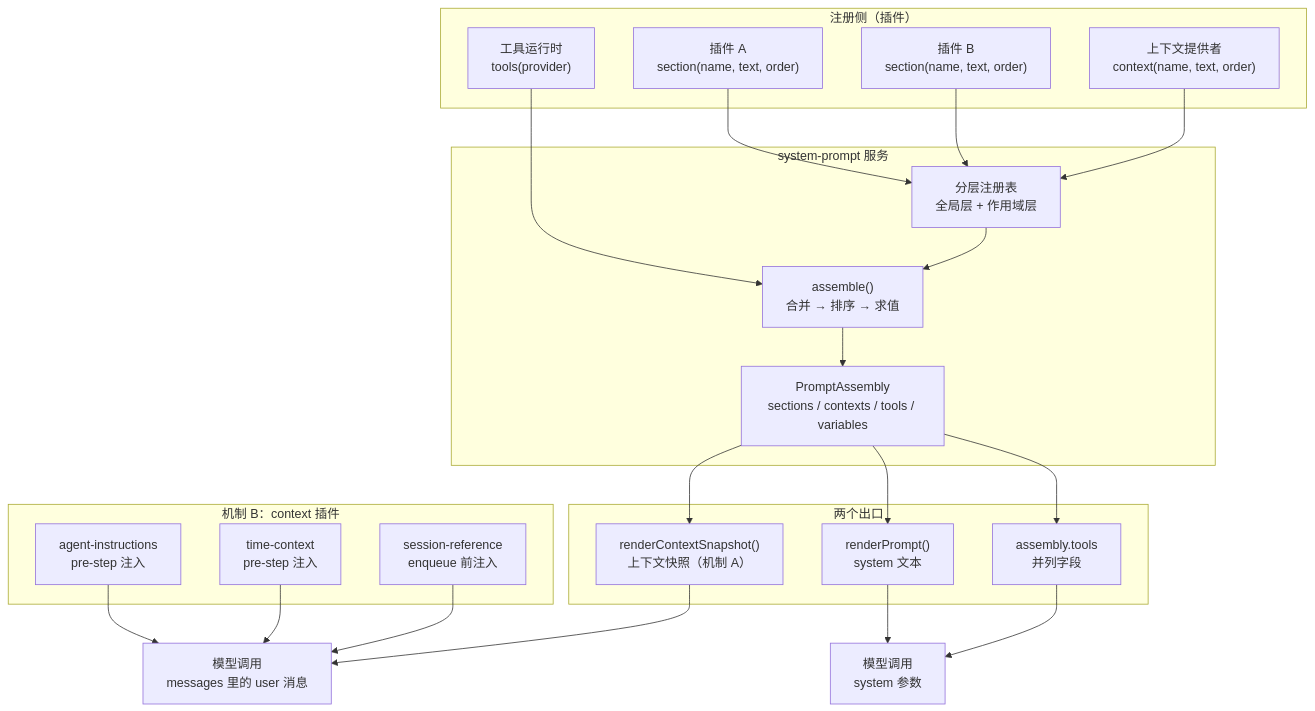
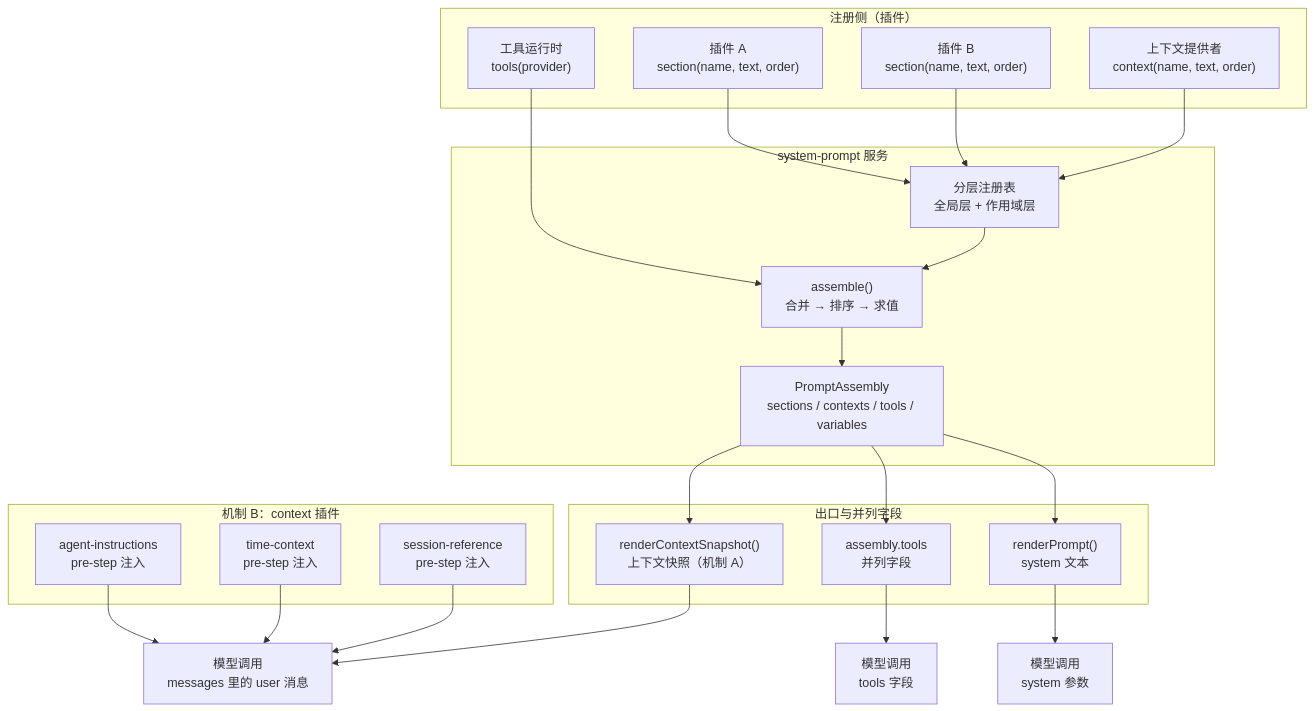
The diagram in ch08/ch08-system-prompt-context_zh.md (ChenYu1991ppak/deepseek-harness-anatomy), drawn with Mermaid before and after one commit. The commit also changed other lines of this file and 124 other files, not shown here.

````diff
--- a/ch08/ch08-system-prompt-context_zh.md
+++ b/ch08/ch08-system-prompt-context_zh.md
@@ -85,43 +85,43 @@
 ```mermaid
 flowchart TB
     subgraph 注册侧["注册侧（插件）"]
         P1["插件 A<br/>section(name, text, order)"]
         P2["插件 B<br/>section(name, text, order)"]
         P3["工具运行时<br/>tools(provider)"]
         P4["上下文提供者<br/>context(name, text, order)"]
     end
 
     subgraph 装配线["system-prompt 服务"]
         L["分层注册表<br/>全局层 + 作用域层"]
         A["assemble()<br/>合并 → 排序 → 求值"]
         AS["PromptAssembly<br/>sections / contexts / tools / variables"]
     end
 
-    subgraph 出口["两个出口"]
+    subgraph 出口["出口与并列字段"]
         R1["renderPrompt()<br/>system 文本"]
         R2["renderContextSnapshot()<br/>上下文快照（机制 A）"]
         T["assembly.tools<br/>并列字段"]
     end
 
     subgraph 机制B["机制 B：context 插件"]
         C1["agent-instructions<br/>pre-step 注入"]
         C2["time-context<br/>pre-step 注入"]
-        C3["session-reference<br/>enqueue 前注入"]
+        C3["session-reference<br/>pre-step 注入"]
     end
 
     P1 --> L
     P2 --> L
     P3 --> A
     P4 --> L
     L --> A
     A --> AS
     AS --> R1
     AS --> R2
     AS --> T
     C1 --> M["模型调用<br/>messages 里的 user 消息"]
     C2 --> M
     C3 --> M
     R2 --> M
-    R1 --> S["模型调用<br/>system 参数"]
-    T --> S
+    R1 --> S1["模型调用<br/>system 参数"]
+    T --> S2["模型调用<br/>tools 字段"]
 ```
````
